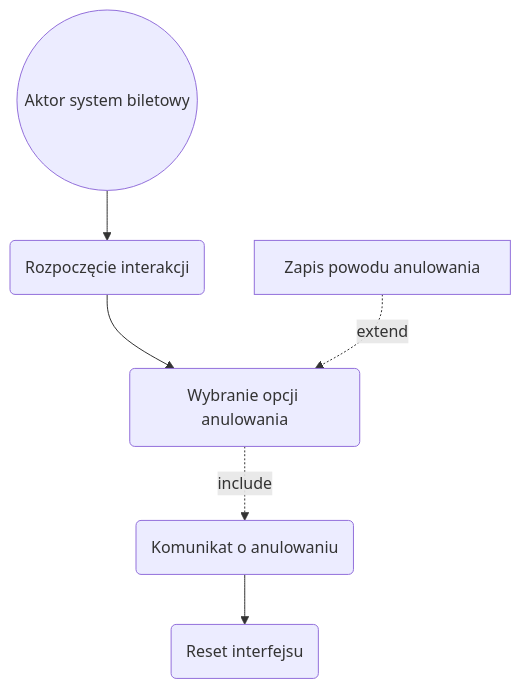
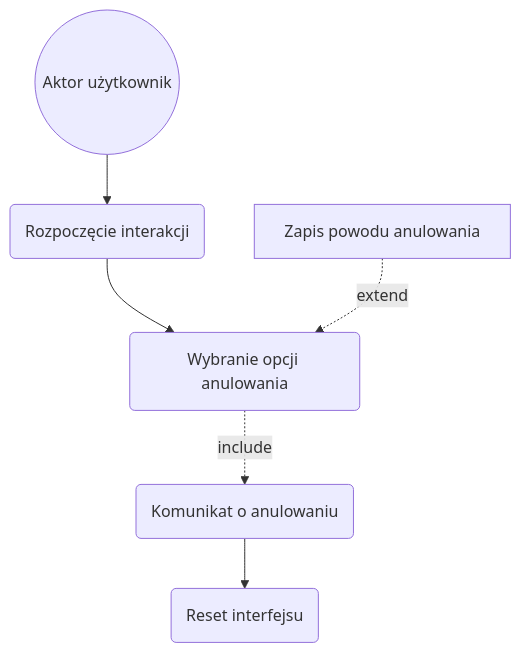
Before and after one commit to Jakub-Wypych/MWO: the diagram in użytkownik.md, drawn with Mermaid.

Commit message:
Update użytkownik.md
fix UC

````diff
--- a/użytkownik.md
+++ b/użytkownik.md
@@ -33,8 +33,8 @@
 ```mermaid
 flowchart TD
-    Aktor((Aktor system biletowy)) -->A
+    Aktor((Aktor użytkownik)) -->A
     A(Rozpoczęcie interakcji) --> B(Wybranie opcji anulowania)
     B -.->|include| C(Komunikat o anulowaniu)
     C --> C1(Reset interfejsu)
     D[Zapis powodu anulowania] -.->|extend| B
 ```
````
